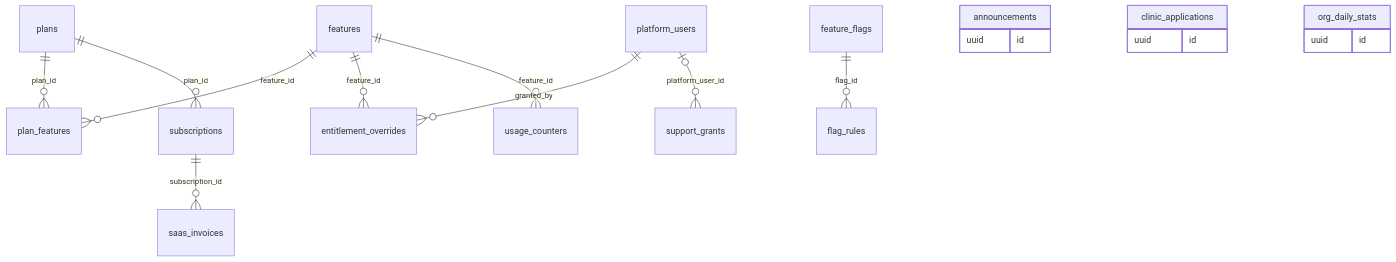
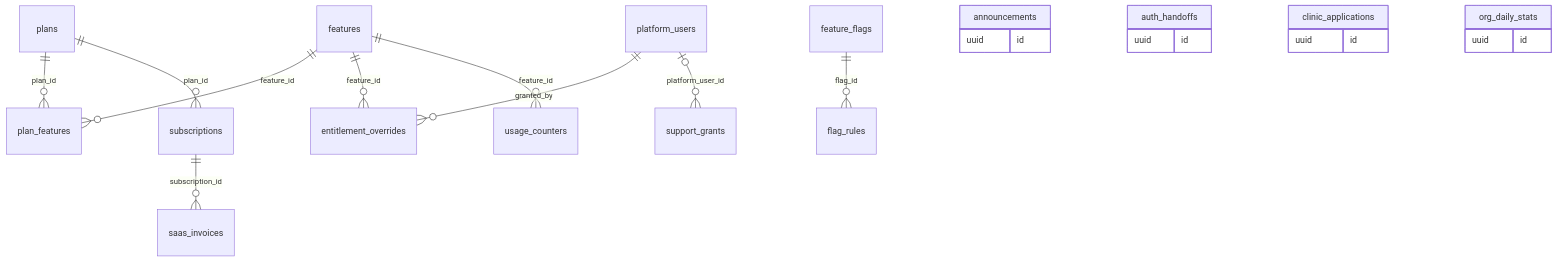
Before and after one commit to sakalyatechnologies/aarogyam: the second of 13 diagrams in docs/database.md, drawn with Mermaid. The commit also changed other lines of this file and 94 other files, not shown here.

````diff
--- a/docs/database.md
+++ b/docs/database.md
@@ -132,21 +132,24 @@
 ```mermaid
 erDiagram
   plans ||--o{ plan_features : "plan_id"
   features ||--o{ plan_features : "feature_id"
   plans ||--o{ subscriptions : "plan_id"
   subscriptions ||--o{ saas_invoices : "subscription_id"
   features ||--o{ entitlement_overrides : "feature_id"
   platform_users ||--o{ entitlement_overrides : "granted_by"
   features ||--o{ usage_counters : "feature_id"
   feature_flags ||--o{ flag_rules : "flag_id"
   platform_users |o--o{ support_grants : "platform_user_id"
   announcements {
     uuid id
   }
+  auth_handoffs {
+    uuid id
+  }
   clinic_applications {
     uuid id
   }
   org_daily_stats {
     uuid id
   }
 ```
````
